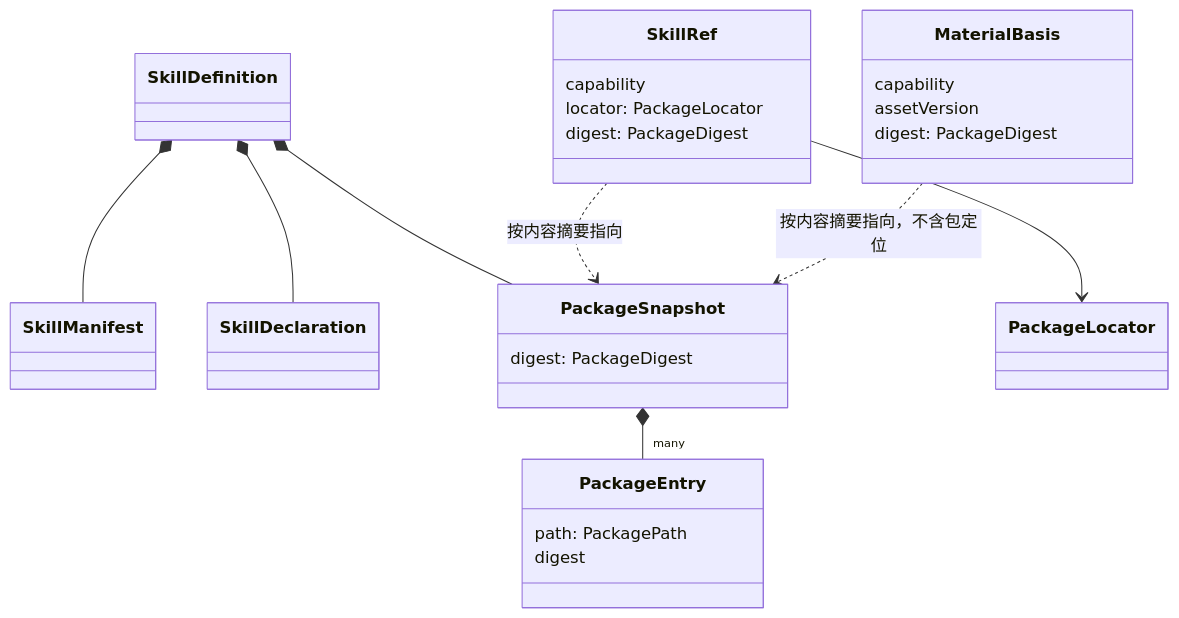
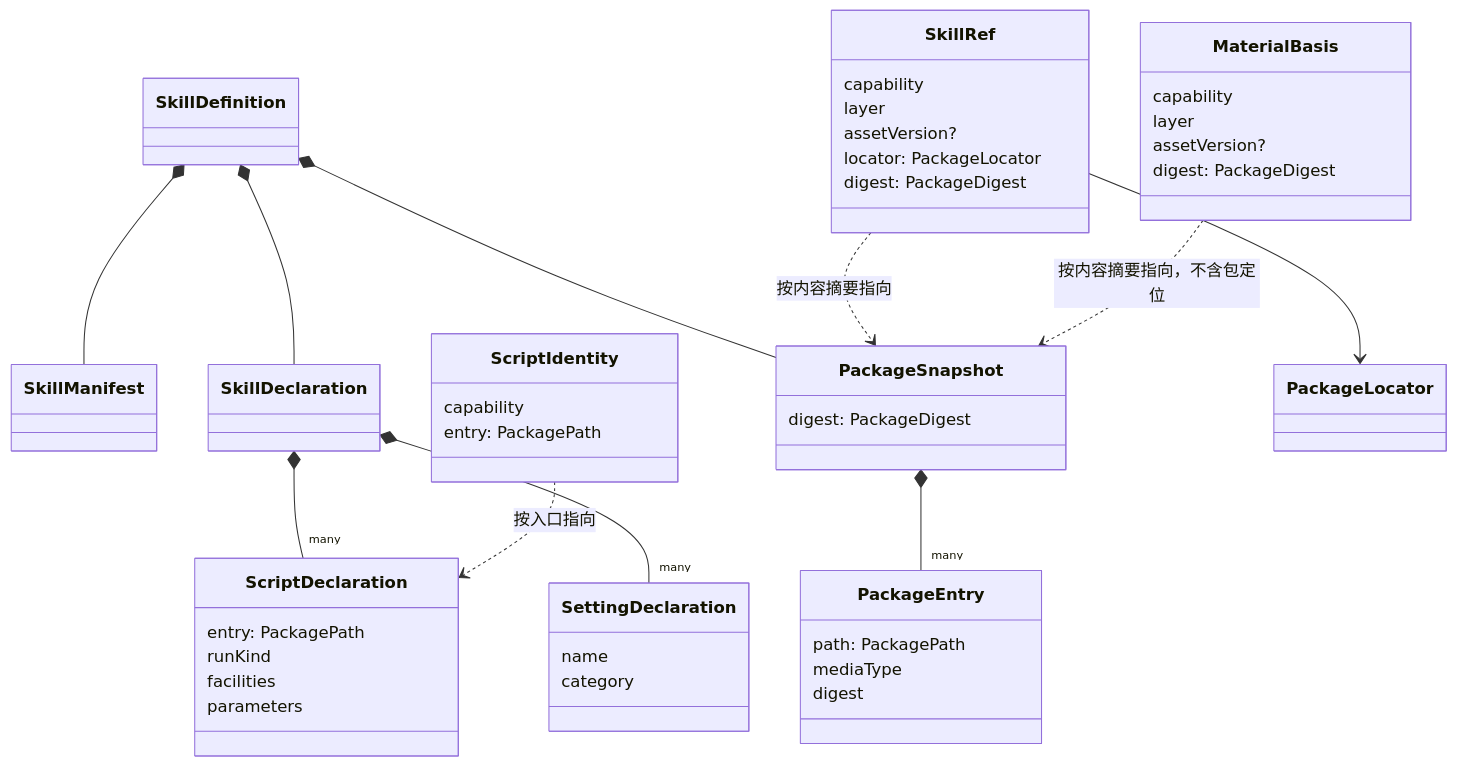
One commit to nemori-ai/omne-harness-lite changed the diagram in packages/skills/docs/architecture.md. Above: the diagram before and after it, drawn with Mermaid. The commit also changed other lines of this file and 5 other files, not shown here.

````diff
--- a/packages/skills/docs/architecture.md
+++ b/packages/skills/docs/architecture.md
@@ -44,31 +94,52 @@
 ```mermaid
 classDiagram
   class SkillDefinition
   class SkillManifest
   class SkillDeclaration
+  class ScriptDeclaration {
+    entry: PackagePath
+    runKind
+    facilities
+    parameters
+  }
+  class SettingDeclaration {
+    name
+    category
+  }
   class PackageSnapshot {
     digest: PackageDigest
   }
   class PackageEntry {
     path: PackagePath
+    mediaType
     digest
   }
   class SkillRef {
     capability
+    layer
+    assetVersion?
     locator: PackageLocator
     digest: PackageDigest
   }
   class MaterialBasis {
     capability
-    assetVersion
+    layer
+    assetVersion?
     digest: PackageDigest
+  }
+  class ScriptIdentity {
+    capability
+    entry: PackagePath
   }
   class PackageLocator
   SkillDefinition *-- SkillManifest
   SkillDefinition *-- SkillDeclaration
   SkillDefinition *-- PackageSnapshot
+  SkillDeclaration *-- "many" ScriptDeclaration
+  SkillDeclaration *-- "many" SettingDeclaration
   PackageSnapshot *-- "many" PackageEntry
   SkillRef --> PackageLocator
   SkillRef ..> PackageSnapshot : 按内容摘要指向
   MaterialBasis ..> PackageSnapshot : 按内容摘要指向，不含包定位
+  ScriptIdentity ..> ScriptDeclaration : 按入口指向
 ```
````
